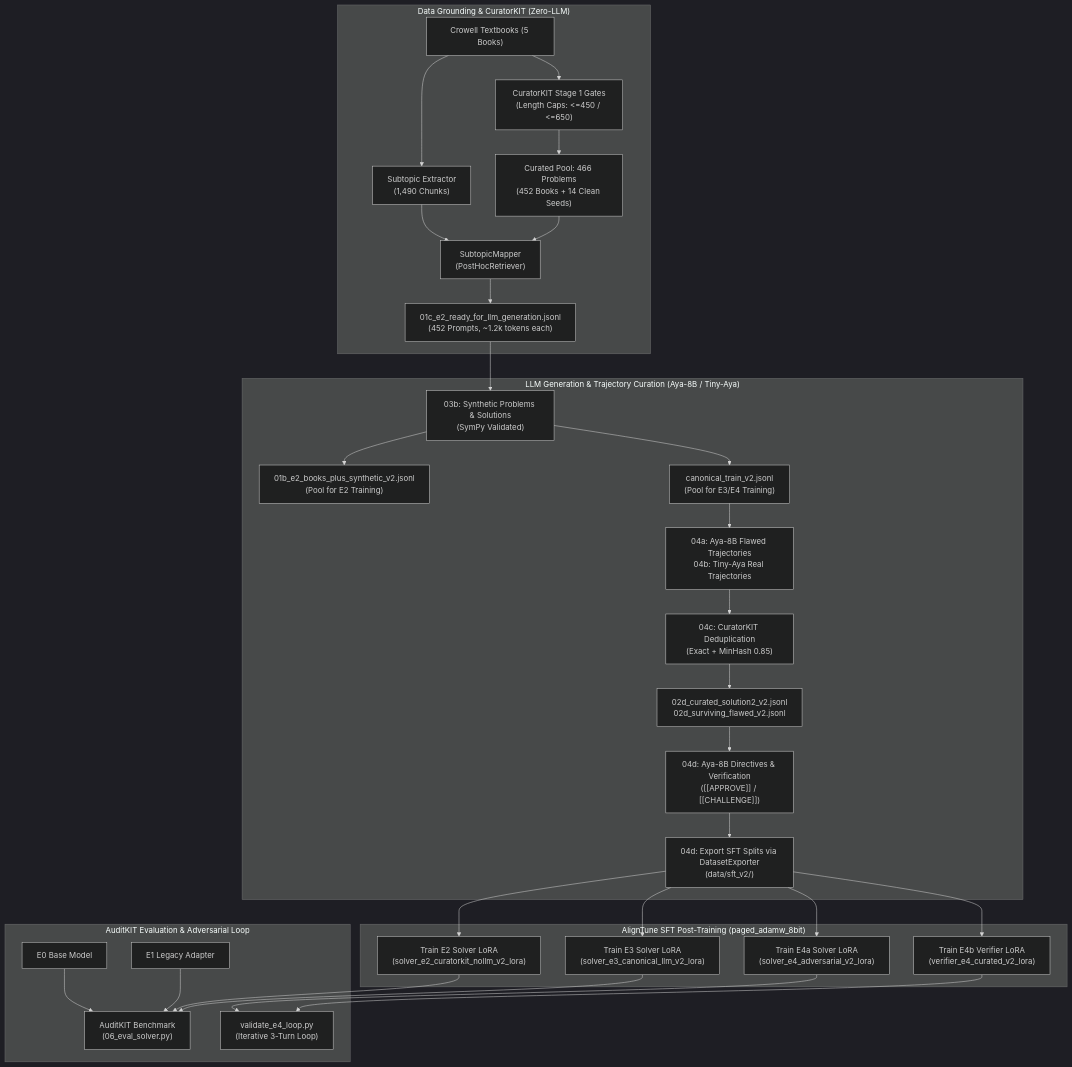
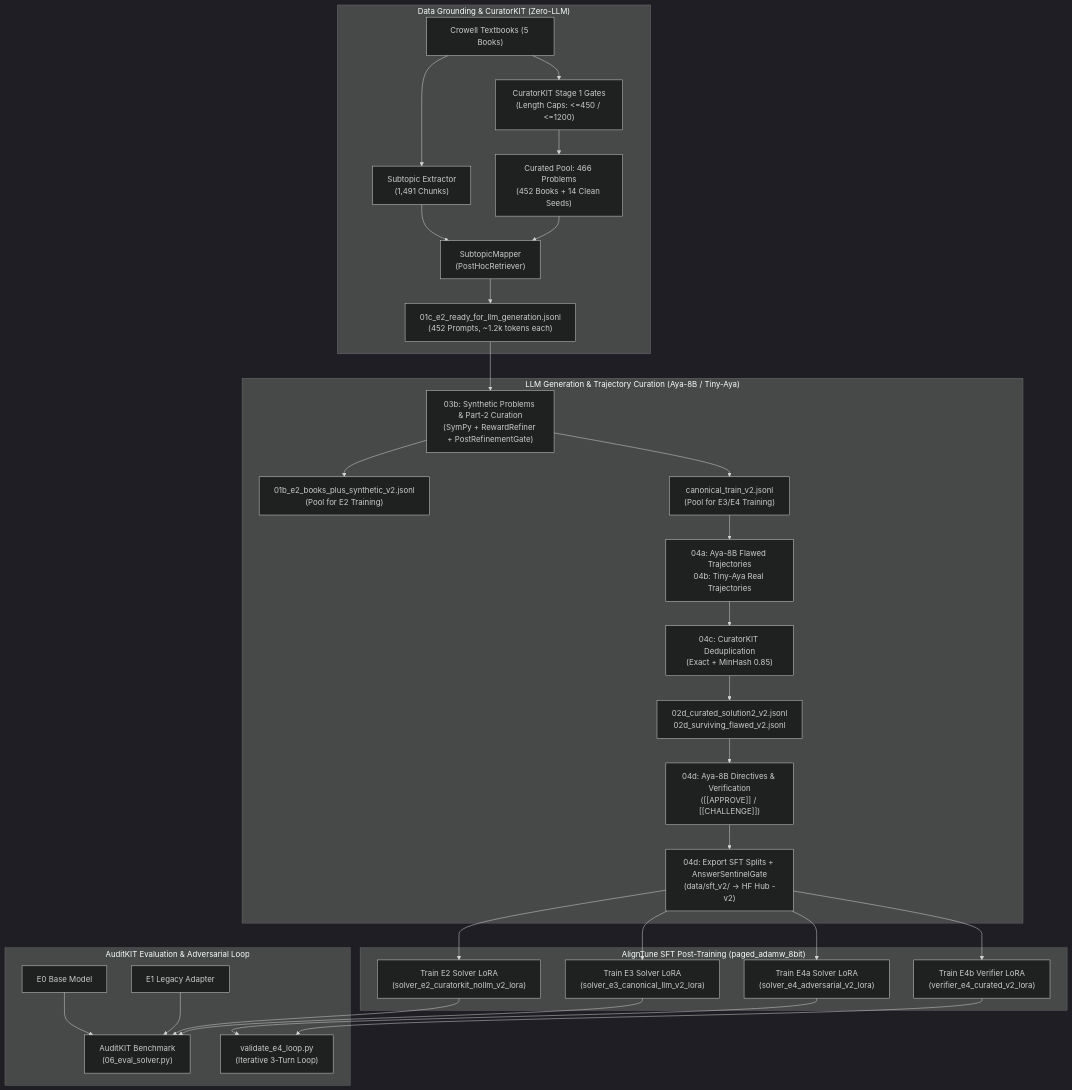
Before and after one commit to Vital-ar/adversarial_physics_problems_solver: the diagram in docs/PROJECT_BLUEPRINT.md, drawn with Mermaid (dark theme). The commit also changed other lines of this file and 17 other files, not shown here.

````diff
--- a/docs/PROJECT_BLUEPRINT.md
+++ b/docs/PROJECT_BLUEPRINT.md
@@ -105,38 +105,38 @@
 ```mermaid
 flowchart TD
     subgraph DataPrep ["Data Grounding & CuratorKIT (Zero-LLM)"]
-        CB["Crowell Textbooks (5 Books)"] --> SE["Subtopic Extractor\n(1,490 Chunks)"]
-        CB --> CF["CuratorKIT Stage 1 Gates\n(Length Caps: <=450 / <=650)"]
+        CB["Crowell Textbooks (5 Books)"] --> SE["Subtopic Extractor\n(1,491 Chunks)"]
+        CB --> CF["CuratorKIT Stage 1 Gates\n(Length Caps: <=450 / <=1200)"]
         CF --> CP["Curated Pool: 466 Problems\n(452 Books + 14 Clean Seeds)"]
         SE & CP --> SM["SubtopicMapper\n(PostHocRetriever)"]
         SM --> E2Ready["01c_e2_ready_for_llm_generation.jsonl\n(452 Prompts, ~1.2k tokens each)"]
     end
 
     subgraph LLMSynth ["LLM Generation & Trajectory Curation (Aya-8B / Tiny-Aya)"]
-        E2Ready --> GenE2["03b: Synthetic Problems & Solutions\n(SymPy Validated)"]
+        E2Ready --> GenE2["03b: Synthetic Problems & Part-2 Curation\n(SymPy + RewardRefiner + PostRefinementGate)"]
         GenE2 --> E2Pool["01b_e2_books_plus_synthetic_v2.jsonl\n(Pool for E2 Training)"]
         GenE2 --> E3Pool["canonical_train_v2.jsonl\n(Pool for E3/E4 Training)"]
         
         E3Pool --> GenTraj["04a: Aya-8B Flawed Trajectories\n04b: Tiny-Aya Real Trajectories"]
         GenTraj --> CKRunner["04c: CuratorKIT Deduplication\n(Exact + MinHash 0.85)"]
         CKRunner --> CuratedTraj["02d_curated_solution2_v2.jsonl\n02d_surviving_flawed_v2.jsonl"]
         
         CuratedTraj --> GenDir["04d: Aya-8B Directives & Verification\n([[APPROVE]] / [[CHALLENGE]])"]
-        GenDir --> SFTExport["04d: Export SFT Splits via DatasetExporter\n(data/sft_v2/)"]
+        GenDir --> SFTExport["04d: Export SFT Splits + AnswerSentinelGate\n(data/sft_v2/ -> HF Hub -v2)"]
     end
 
     subgraph AlignTuneTrain ["AlignTune SFT Post-Training (paged_adamw_8bit)"]
         SFTExport --> E2Train["Train E2 Solver LoRA\n(solver_e2_curatorkit_nollm_v2_lora)"]
         SFTExport --> E3Train["Train E3 Solver LoRA\n(solver_e3_canonical_llm_v2_lora)"]
         SFTExport --> E4aTrain["Train E4a Solver LoRA\n(solver_e4_adversarial_v2_lora)"]
         SFTExport --> E4bTrain["Train E4b Verifier LoRA\n(verifier_e4_curated_v2_lora)"]
     end
 
     subgraph AuditKITEval ["AuditKIT Evaluation & Adversarial Loop"]
         E0Base["E0 Base Model"] --> AuditBenchmark["AuditKIT Benchmark\n(06_eval_solver.py)"]
         E1Legacy["E1 Legacy Adapter"] --> AuditBenchmark
         E2Train --> AuditBenchmark
         E3Train --> AuditBenchmark
         E4aTrain & E4bTrain --> AdvLoop["validate_e4_loop.py\n(Iterative 3-Turn Loop)"]
     end
 ```
````
